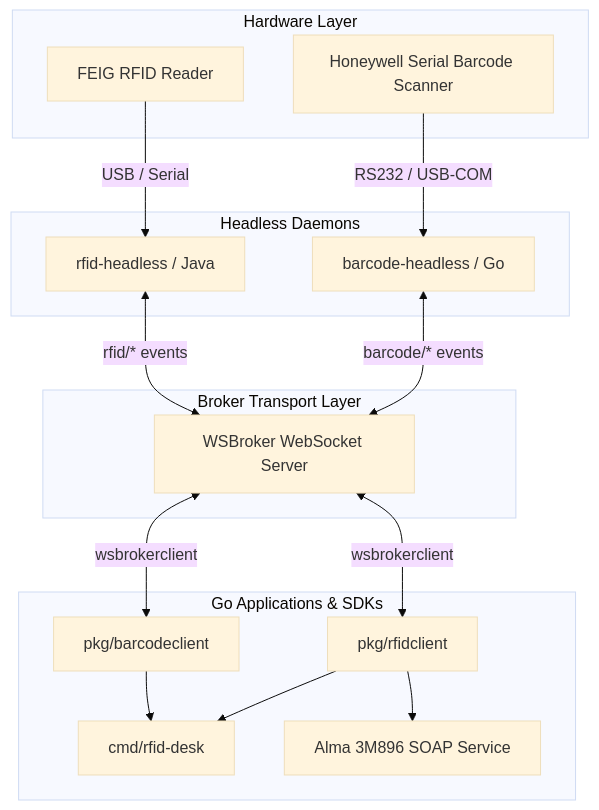
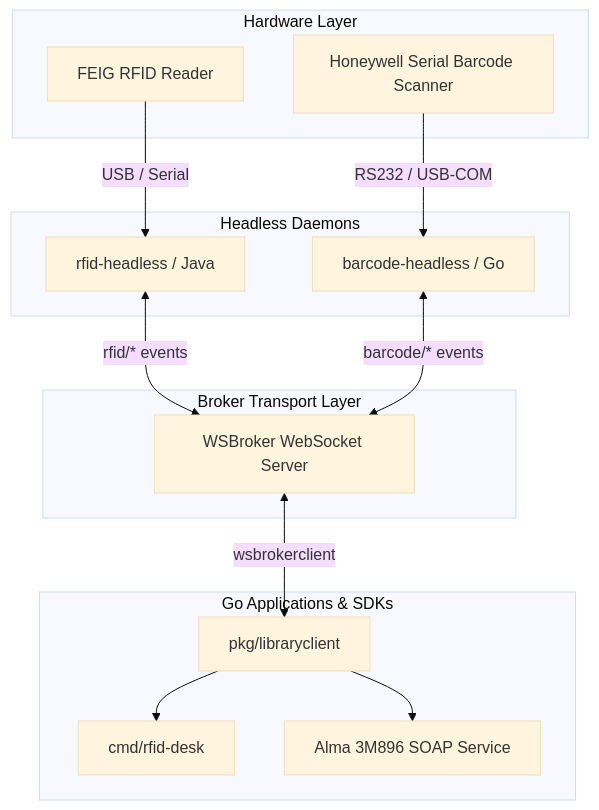
One commit to je4/Library-RFID-Apps changed the diagram in README.md. Above: the diagram before and after it, drawn with Mermaid (base theme). The commit also changed other lines of this file and 58 other files, not shown here.

Commit message:
replace `barcodeclient` and `rfidclient` packages with `libraryclient` package

````diff
--- a/README.md
+++ b/README.md
@@ -22,36 +21,33 @@
 ```mermaid
 graph TD
     subgraph Hardware Layer
         HW_RFID[FEIG RFID Reader]
         HW_BARCODE[Honeywell Serial Barcode Scanner]
     end
 
     subgraph Headless Daemons
         HL_RFID[rfid-headless / Java]
         HL_BARCODE[barcode-headless / Go]
     end
 
     subgraph Broker Transport Layer
         WS[WSBroker WebSocket Server]
     end
 
     subgraph Go Applications & SDKs
-        BC_CLIENT[pkg/barcodeclient]
-        RFID_CLIENT[pkg/rfidclient]
+        LIB_CLIENT[pkg/libraryclient]
         DESK_APP[cmd/rfid-desk]
         ALMA_SOAP[Alma 3M896 SOAP Service]
     end
 
     HW_RFID -->|USB / Serial| HL_RFID
     HW_BARCODE -->|RS232 / USB-COM| HL_BARCODE
 
     HL_RFID <-->|rfid/* events| WS
     HL_BARCODE <-->|barcode/* events| WS
 
-    WS <-->|wsbrokerclient| BC_CLIENT
-    WS <-->|wsbrokerclient| RFID_CLIENT
+    WS <-->|wsbrokerclient| LIB_CLIENT
 
-    BC_CLIENT --> DESK_APP
-    RFID_CLIENT --> DESK_APP
-    RFID_CLIENT --> ALMA_SOAP
+    LIB_CLIENT --> DESK_APP
+    LIB_CLIENT --> ALMA_SOAP
 ```
````
